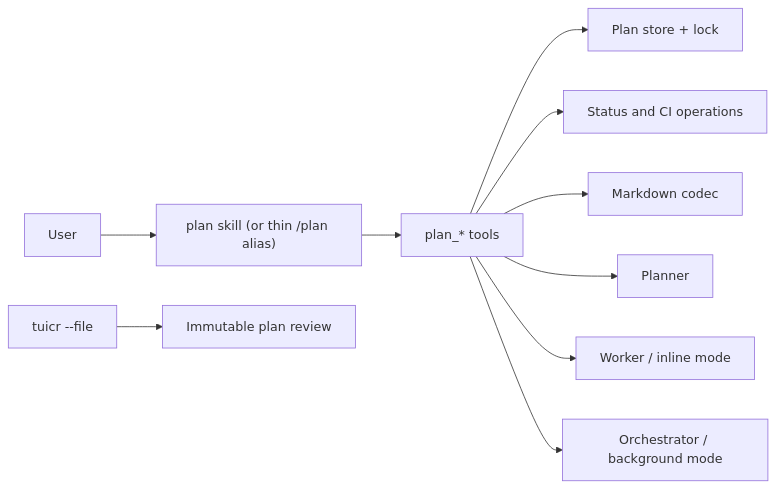
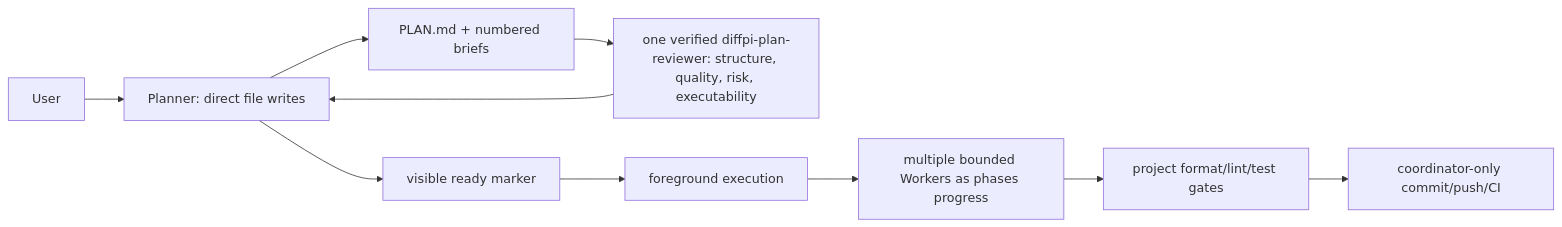
Before and after one commit to difflab-io/diffpi: the diagram in docs/architecture/plan.md, drawn with Mermaid. The commit also changed other lines of this file and 80 other files, not shown here.

````diff
--- a/docs/architecture/plan.md
+++ b/docs/architecture/plan.md
@@ -22,12 +57,12 @@
 ```mermaid
 flowchart LR
-  User --> Skill["plan skill (or thin /plan alias)"]
-  Skill --> Tools[plan_* tools]
-  Tools --> Store[Plan store + lock]
-  Tools --> Operations[Status and CI operations]
-  Tools --> Markdown[Markdown codec]
-  Tools --> Planner[Planner]
-  Tools --> Worker[Worker / inline mode]
-  Tools --> Orchestrator[Orchestrator / background mode]
-  Annotate["tuicr --file"] --> Review[Immutable plan review]
+  User --> Planner[Planner: direct file writes]
+  Planner --> Files[PLAN.md + numbered briefs]
+  Files --> Review[one verified diffpi-plan-reviewer: structure, quality, risk, executability]
+  Review --> Planner
+  Planner --> Ready[visible ready marker]
+  Ready --> Orchestrator[foreground execution]
+  Orchestrator --> Worker[multiple bounded Workers as phases progress]
+  Worker --> Gates[project format/lint/test gates]
+  Gates --> Git[coordinator-only commit/push/CI]
 ```
````
